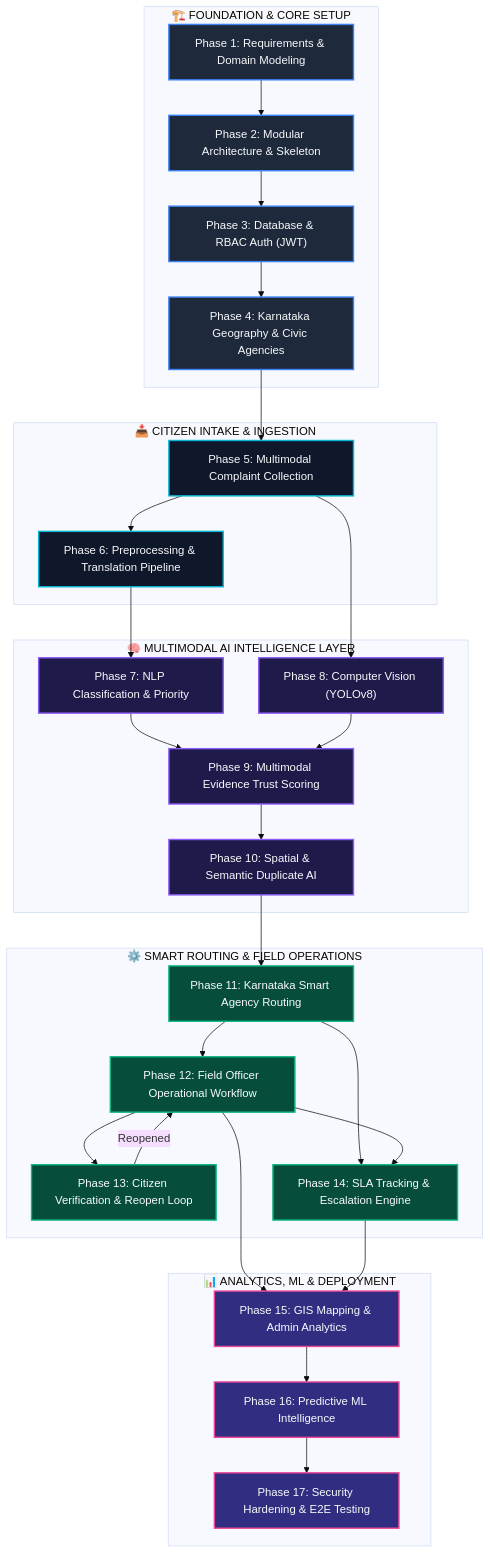
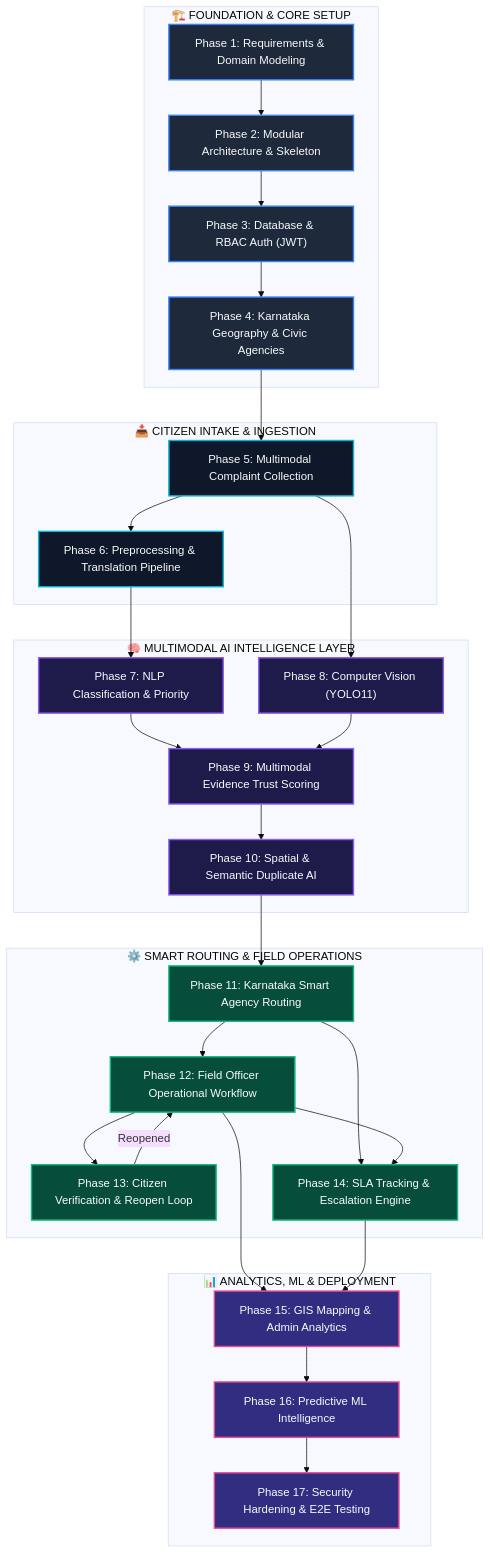
The first of 18 diagrams in phases.md (SHRUTISINHA250714/civic), drawn with Mermaid (base theme) before and after one commit. The commit also changed other lines of this file and 19 other files, not shown here.

````diff
--- a/phases.md
+++ b/phases.md
@@ -11,71 +11,71 @@
 ```mermaid
 flowchart TD
     subgraph Foundation ["🏗️ FOUNDATION & CORE SETUP"]
         P1["Phase 1: Requirements & Domain Modeling"]
         P2["Phase 2: Modular Architecture & Skeleton"]
         P3["Phase 3: Database & RBAC Auth (JWT)"]
         P4["Phase 4: Karnataka Geography & Civic Agencies"]
         
         P1 --> P2
         P2 --> P3
         P3 --> P4
     end
 
     subgraph Intake ["📥 CITIZEN INTAKE & INGESTION"]
         P5["Phase 5: Multimodal Complaint Collection"]
         P6["Phase 6: Preprocessing & Translation Pipeline"]
         
         P4 --> P5
         P5 --> P6
     end
 
     subgraph AIIntelligence ["🧠 MULTIMODAL AI INTELLIGENCE LAYER"]
         P7["Phase 7: NLP Classification & Priority"]
-        P8["Phase 8: Computer Vision (YOLOv8)"]
+        P8["Phase 8: Computer Vision (YOLO11)"]
         P9["Phase 9: Multimodal Evidence Trust Scoring"]
         P10["Phase 10: Spatial & Semantic Duplicate AI"]
         
         P6 --> P7
         P5 --> P8
         P7 --> P9
         P8 --> P9
         P9 --> P10
     end
 
     subgraph Operations ["⚙️ SMART ROUTING & FIELD OPERATIONS"]
         P11["Phase 11: Karnataka Smart Agency Routing"]
         P12["Phase 12: Field Officer Operational Workflow"]
         P13["Phase 13: Citizen Verification & Reopen Loop"]
         P14["Phase 14: SLA Tracking & Escalation Engine"]
         
         P10 --> P11
         P11 --> P12
         P12 --> P13
         P11 --> P14
         P12 --> P14
         P13 -->|Reopened| P12
     end
 
     subgraph Analytics ["📊 ANALYTICS, ML & DEPLOYMENT"]
         P15["Phase 15: GIS Mapping & Admin Analytics"]
         P16["Phase 16: Predictive ML Intelligence"]
         P17["Phase 17: Security Hardening & E2E Testing"]
         
         P12 --> P15
         P14 --> P15
         P15 --> P16
         P16 --> P17
     end
 
     classDef foundation fill:#1e293b,stroke:#3b82f6,stroke-width:2px,color:#f8fafc;
     classDef intake fill:#0f172a,stroke:#06b6d4,stroke-width:2px,color:#f8fafc;
     classDef ai fill:#1e1b4b,stroke:#8b5cf6,stroke-width:2px,color:#f8fafc;
     classDef ops fill:#064e3b,stroke:#10b981,stroke-width:2px,color:#f8fafc;
     classDef analytics fill:#312e81,stroke:#ec4899,stroke-width:2px,color:#f8fafc;
 
     class P1,P2,P3,P4 foundation;
     class P5,P6 intake;
     class P7,P8,P9,P10 ai;
     class P11,P12,P13,P14 ops;
     class P15,P16,P17 analytics;
 ```
````
